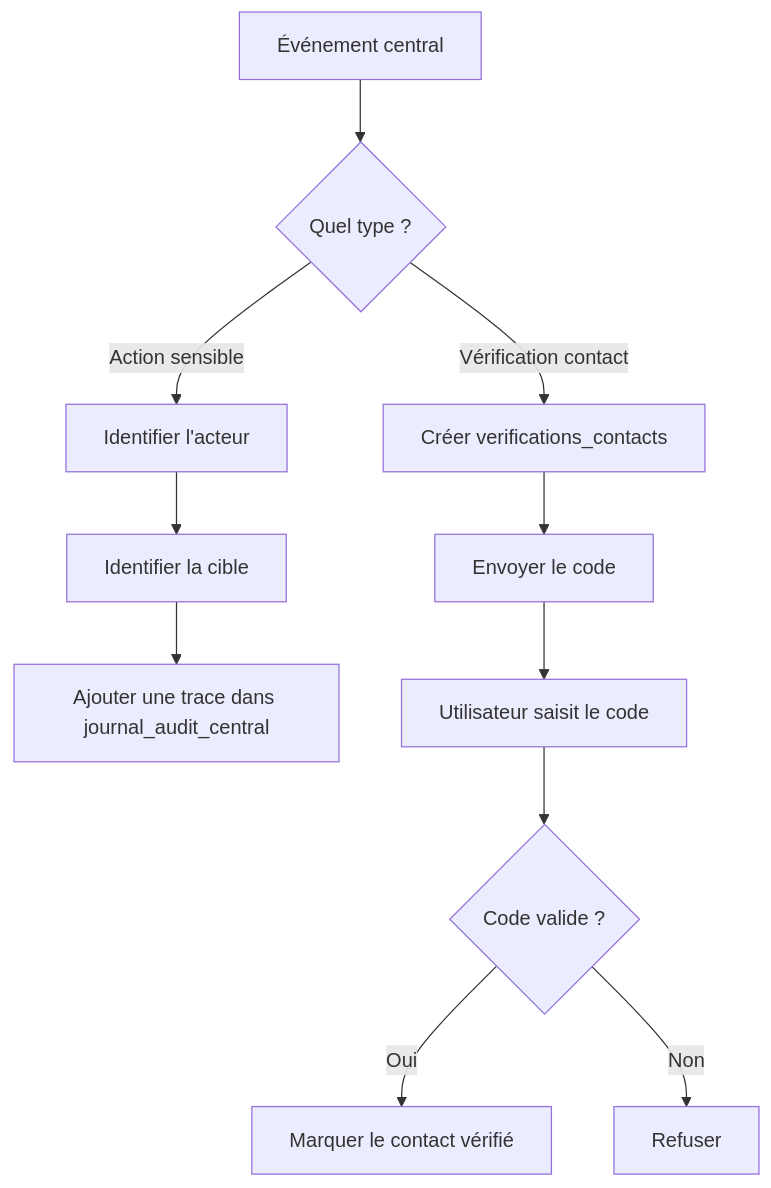
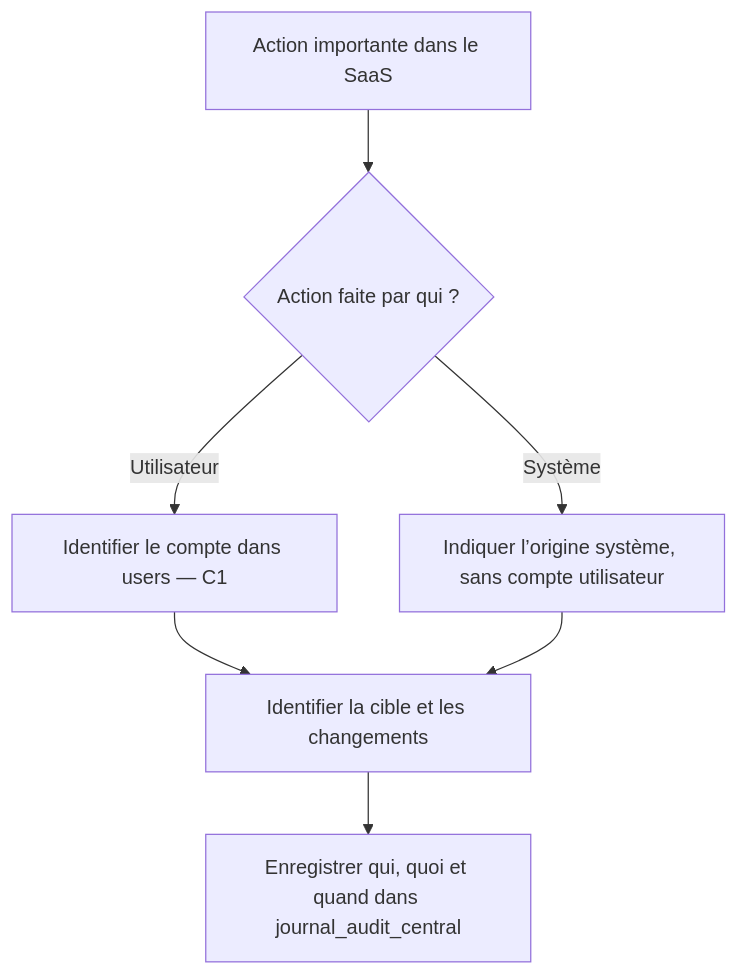
One commit to unitealfa/saas-ecom changed the seventh of 16 diagrams in Modules-C1-C14-BDD-Centrale-explications-simples.md. Above: the diagram before and after it, drawn with Mermaid. The commit also changed other lines of this file, not shown here.

````diff
--- a/Modules-C1-C14-BDD-Centrale-explications-simples.md
+++ b/Modules-C1-C14-BDD-Centrale-explications-simples.md
@@ -427,15 +440,9 @@
 ```mermaid
 flowchart TD
-    A["Événement central"] --> B{"Quel type ?"}
-
-    B -->|Action sensible| C["Identifier l'acteur"]
-    C --> D["Identifier la cible"]
-    D --> E["Ajouter une trace dans journal_audit_central"]
-
-    B -->|Vérification contact| F["Créer verifications_contacts"]
-    F --> G["Envoyer le code"]
-    G --> H["Utilisateur saisit le code"]
-    H --> I{"Code valide ?"}
-    I -->|Oui| J["Marquer le contact vérifié"]
-    I -->|Non| K["Refuser"]
+    A["Action importante dans le SaaS"] --> B{"Action faite par qui ?"}
+    B -->|Utilisateur| C["Identifier le compte dans users — C1"]
+    B -->|Système| D["Indiquer l’origine système, sans compte utilisateur"]
+    C --> E["Identifier la cible et les changements"]
+    D --> E
+    E --> F["Enregistrer qui, quoi et quand dans journal_audit_central"]
 ```
````
